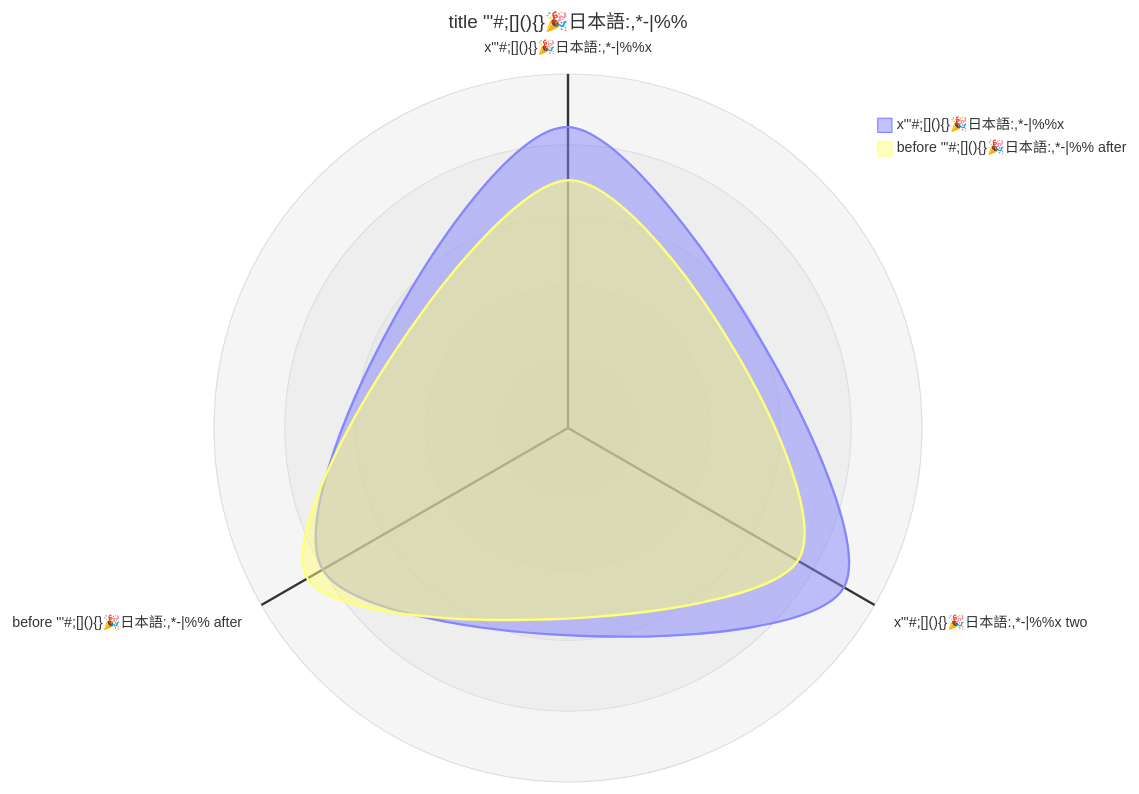
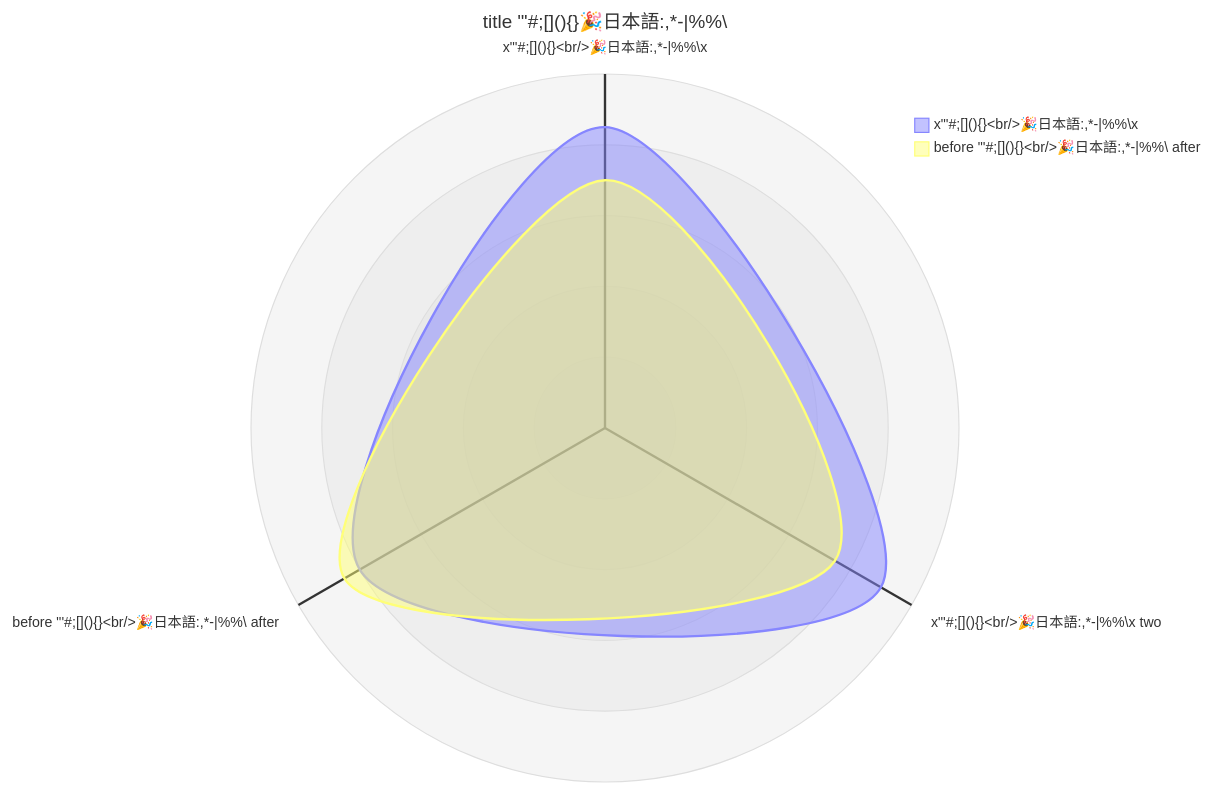
The diagram in doc/edgecase/radar.md (nao1215/markdown), drawn with Mermaid before and after one commit. The commit also changed 18 other files, not shown here.

First line of the commit message:
test(edgecase): put every character through every diagram type (#172)

````diff
--- a/doc/edgecase/radar.md
+++ b/doc/edgecase/radar.md
@@ -5,11 +5,11 @@
 ```mermaid
 ---
-title: "title \"'#;[](){}🎉日本語:,*-|%%"
+title: "title \"'#;[](){}🎉日本語:,*-|%%\\"
 ---
 radar-beta
-  axis a1["x\"'#;[](){}🎉日本語:,*-|%%x"], a2["x\"'#;[](){}🎉日本語:,*-|%%x two"], a3["before \"'#;[](){}🎉日本語:,*-|%% after"]
-  curve c1["x\"'#;[](){}🎉日本語:,*-|%%x"]{85, 90, 80}
-  curve c2["before \"'#;[](){}🎉日本語:,*-|%% after"]{70, 75, 85}
+  axis a1["x\"'#;[](){}<br/>🎉日本語:,*-|%%\\x"], a2["x\"'#;[](){}<br/>🎉日本語:,*-|%%\\x two"], a3["before \"'#;[](){}<br/>🎉日本語:,*-|%%\\ after"]
+  curve c1["x\"'#;[](){}<br/>🎉日本語:,*-|%%\\x"]{85, 90, 80}
+  curve c2["before \"'#;[](){}<br/>🎉日本語:,*-|%%\\ after"]{70, 75, 85}
   max 100
   min 0
 ```
````
